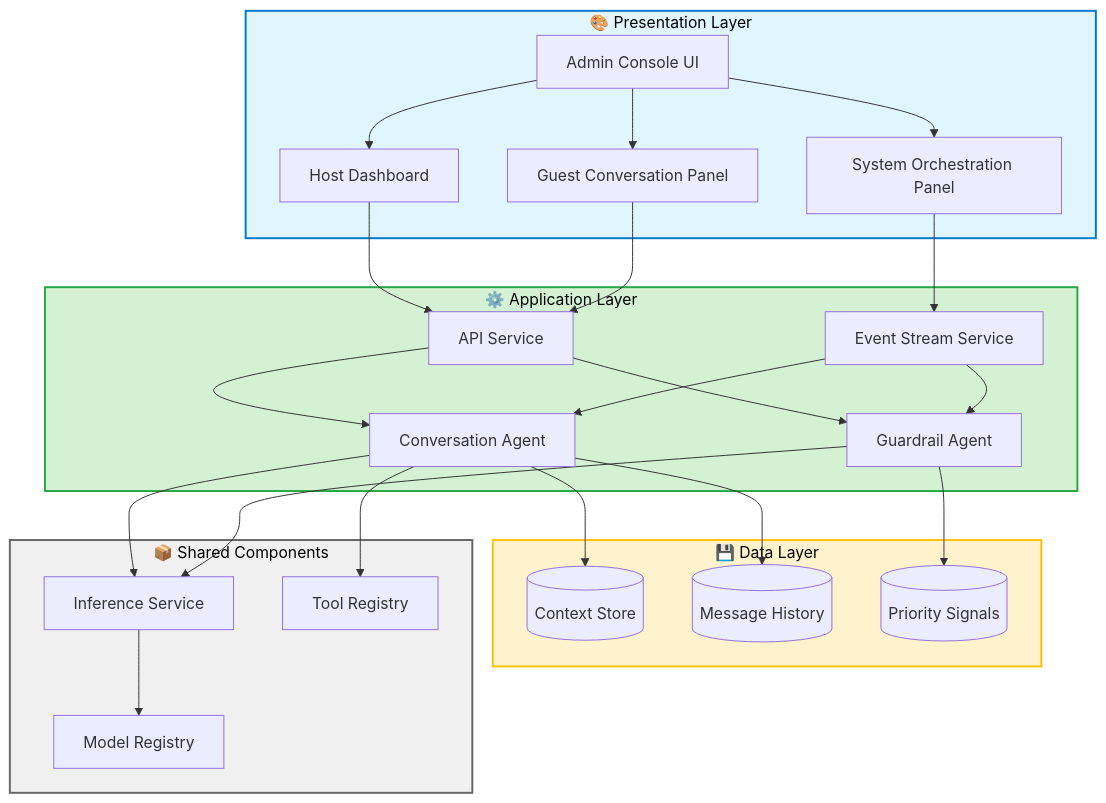
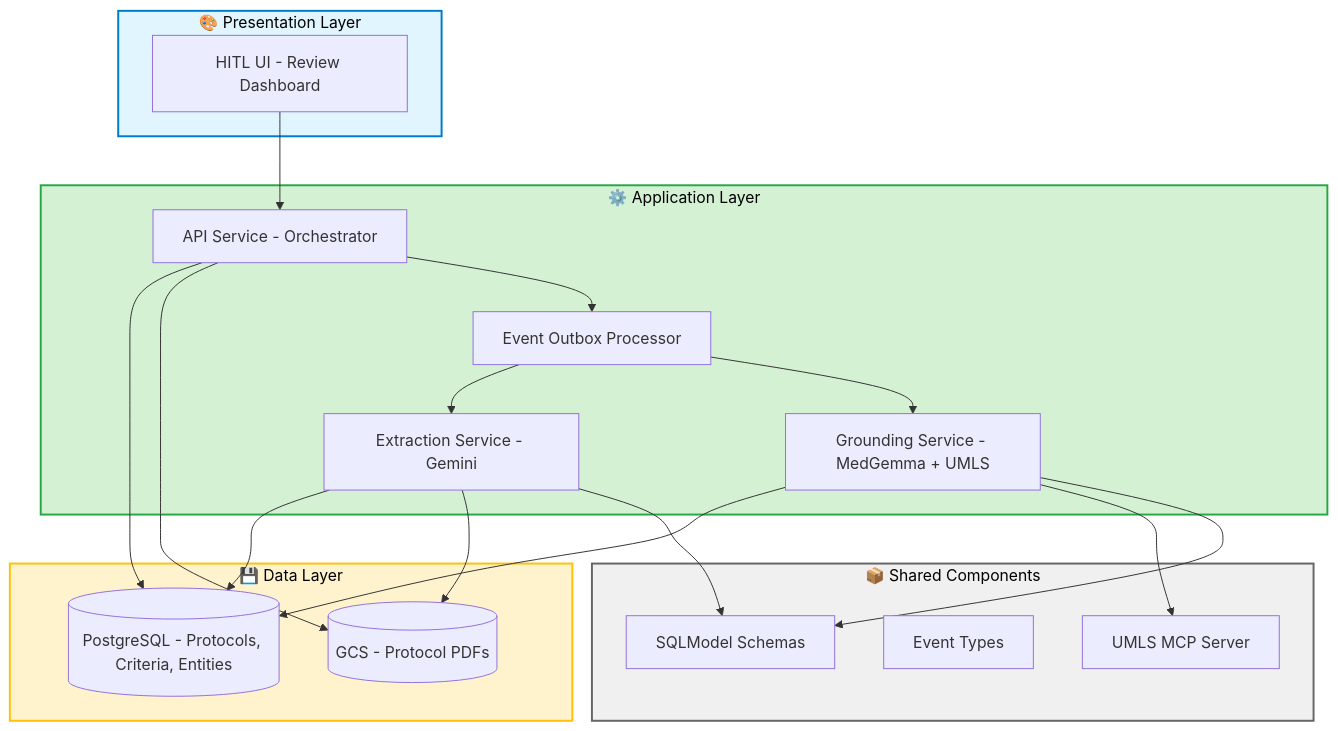
The first of 2 diagrams in PROJECT_OVERVIEW.md (ElixirTrials/medgemma-hackathon), drawn with Mermaid before and after one commit. The commit also changed other lines of this file and 7 other files, not shown here.

````diff
--- a/PROJECT_OVERVIEW.md
+++ b/PROJECT_OVERVIEW.md
@@ -39,61 +39,50 @@
 ```mermaid
 graph TB
     subgraph Presentation["🎨 Presentation Layer"]
-        AdminUI[Admin Console UI]
-        HostDash[Host Dashboard]
-        GuestPanel[Guest Conversation Panel]
-        OrchPanel[System Orchestration Panel]
+        HITLUI[HITL UI - Review Dashboard]
     end
 
     subgraph Application["⚙️ Application Layer"]
-        API[API Service]
-        ConvAgent[Conversation Agent]
-        GuardAgent[Guardrail Agent]
-        EventStream[Event Stream Service]
+        API[API Service - Orchestrator]
+        ExtractionService[Extraction Service - Gemini]
+        GroundingService[Grounding Service - MedGemma + UMLS]
+        EventStream[Event Outbox Processor]
     end
 
     subgraph Data["💾 Data Layer"]
-        Context[(Context Store)]
-        History[(Message History)]
-        Signals[(Priority Signals)]
+        DB[(PostgreSQL - Protocols, Criteria, Entities)]
+        GCS[(GCS - Protocol PDFs)]
     end
 
     subgraph Shared["📦 Shared Components"]
-        Inference[Inference Service]
-        Models[Model Registry]
-        Tools[Tool Registry]
+        Models[SQLModel Schemas]
+        Events[Event Types]
+        UMLSClient[UMLS MCP Server]
     end
 
-    AdminUI --> HostDash
-    AdminUI --> GuestPanel
-    AdminUI --> OrchPanel
+    HITLUI --> API
+    API --> DB
+    API --> GCS
+    API --> EventStream
 
-    HostDash --> API
-    GuestPanel --> API
-    OrchPanel --> EventStream
+    EventStream --> ExtractionService
+    EventStream --> GroundingService
 
-    API --> ConvAgent
-    API --> GuardAgent
-    ConvAgent --> Inference
-    GuardAgent --> Inference
-    ConvAgent --> Tools
+    ExtractionService --> DB
+    ExtractionService --> GCS
+    ExtractionService --> Models
 
-    EventStream --> ConvAgent
-    EventStream --> GuardAgent
-
-    ConvAgent --> Context
-    ConvAgent --> History
-    GuardAgent --> Signals
-
-    Inference --> Models
+    GroundingService --> DB
+    GroundingService --> UMLSClient
+    GroundingService --> Models
 
     classDef presentation fill:#e1f5ff,stroke:#007acc,color:#000,stroke-width:2px;
     classDef application fill:#d4f1d4,stroke:#28a745,color:#000,stroke-width:2px;
     classDef data fill:#fff3cd,stroke:#ffc107,color:#000,stroke-width:2px;
     classDef shared fill:#f0f0f0,stroke:#666,color:#000,stroke-width:2px;
 
     class Presentation presentation;
     class Application application;
     class Data data;
     class Shared shared;
 ```
````
